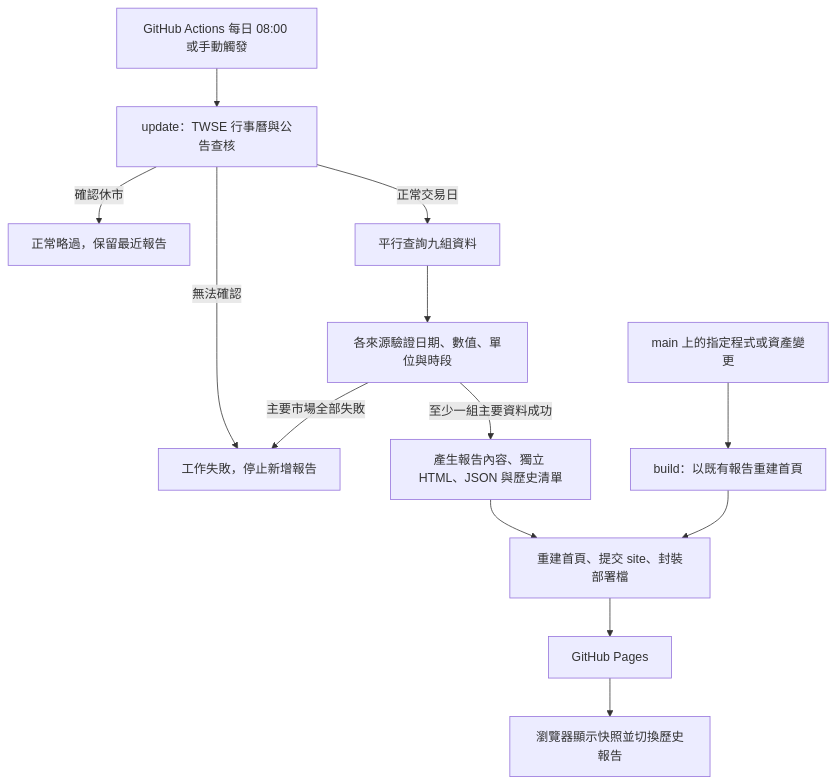
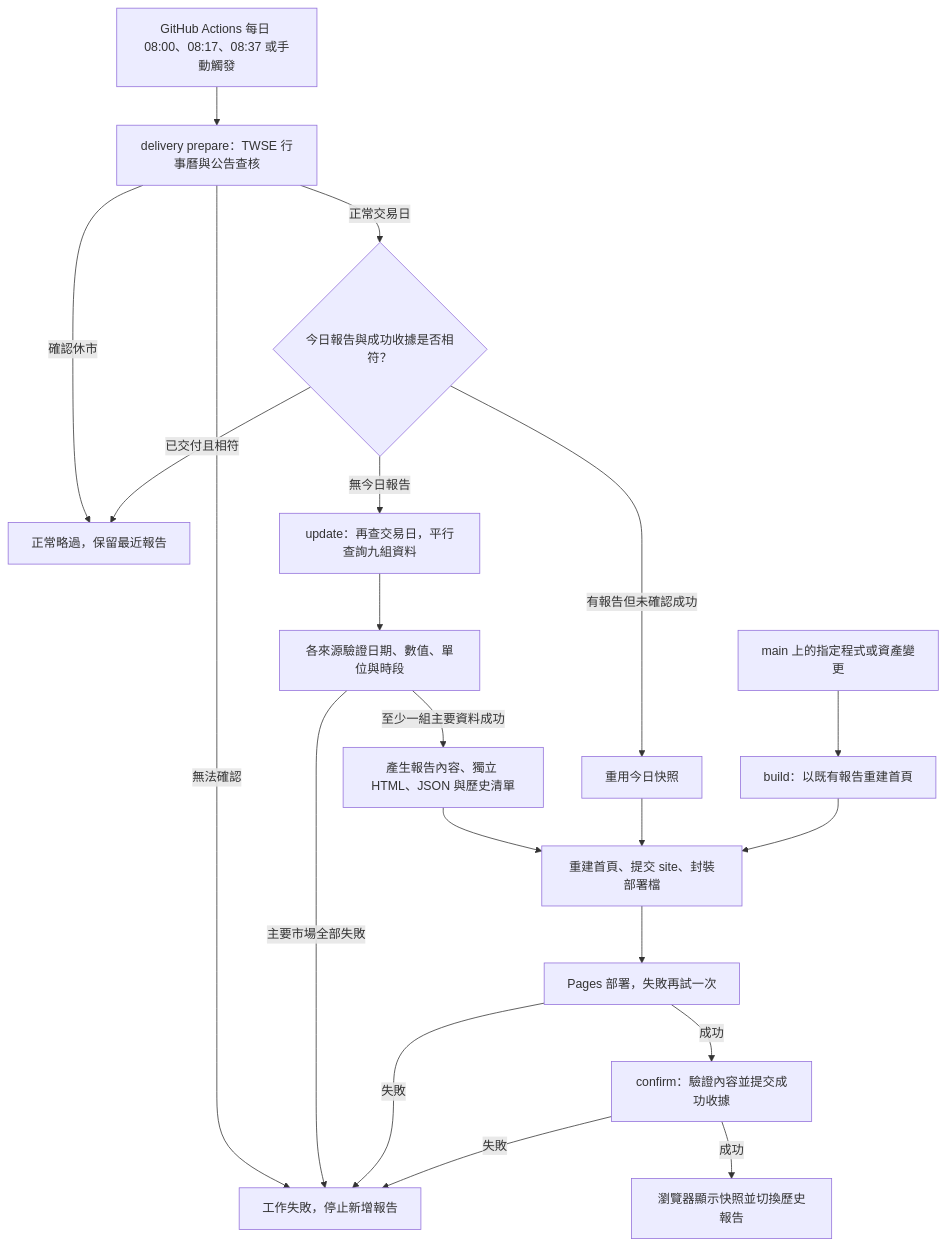
The diagram in docs/ARCHITECTURE.md (cjw9223233/PMOT), drawn with Mermaid before and after one commit. The commit also changed other lines of this file and 4 other files, not shown here.

Commit message:
Document all automation flows and responsibilities with beginner diagrams

````diff
--- a/docs/ARCHITECTURE.md
+++ b/docs/ARCHITECTURE.md
@@ -9,15 +11,22 @@
 ```mermaid
 flowchart TD
-    A[GitHub Actions 每日 08:00 或手動觸發] --> B[update：TWSE 行事曆與公告查核]
+    A[GitHub Actions 每日 08:00、08:17、08:37 或手動觸發] --> B[delivery prepare：TWSE 行事曆與公告查核]
     B -->|確認休市| C[正常略過，保留最近報告]
     B -->|無法確認| D[工作失敗，停止新增報告]
-    B -->|正常交易日| E[平行查詢九組資料]
+    B -->|正常交易日| CHECK{今日報告與成功收據是否相符？}
+    CHECK -->|已交付且相符| C
+    CHECK -->|有報告但未確認成功| REUSE[重用今日快照]
+    CHECK -->|無今日報告| E[update：再查交易日，平行查詢九組資料]
     E --> F[各來源驗證日期、數值、單位與時段]
     F -->|主要市場全部失敗| D
     F -->|至少一組主要資料成功| G[產生報告內容、獨立 HTML、JSON 與歷史清單]
     G --> H[重建首頁、提交 site、封裝部署檔]
-    H --> I[GitHub Pages]
-    I --> J[瀏覽器顯示快照並切換歷史報告]
+    REUSE --> H
+    H --> I[Pages 部署，失敗再試一次]
+    I -->|成功| RECEIPT[confirm：驗證內容並提交成功收據]
+    I -->|失敗| D
+    RECEIPT -->|失敗| D
+    RECEIPT -->|成功| J[瀏覽器顯示快照並切換歷史報告]
     K[main 上的指定程式或資產變更] --> L[build：以既有報告重建首頁]
     L --> H
 ```
````
